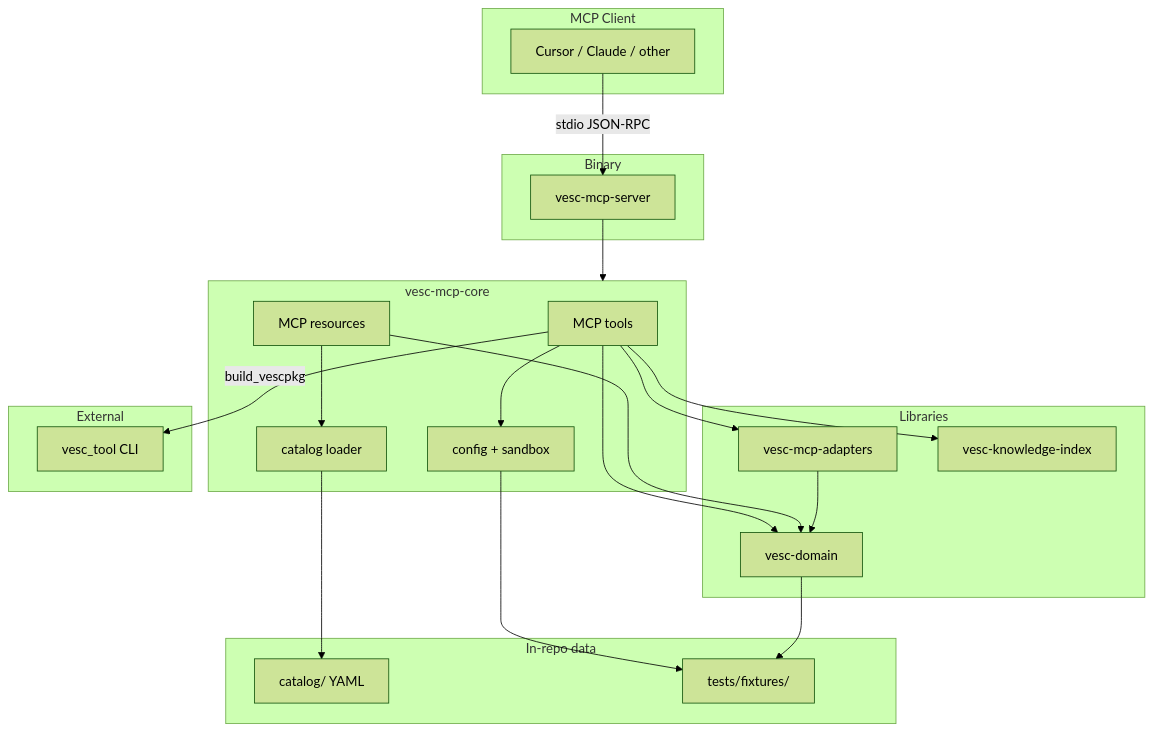
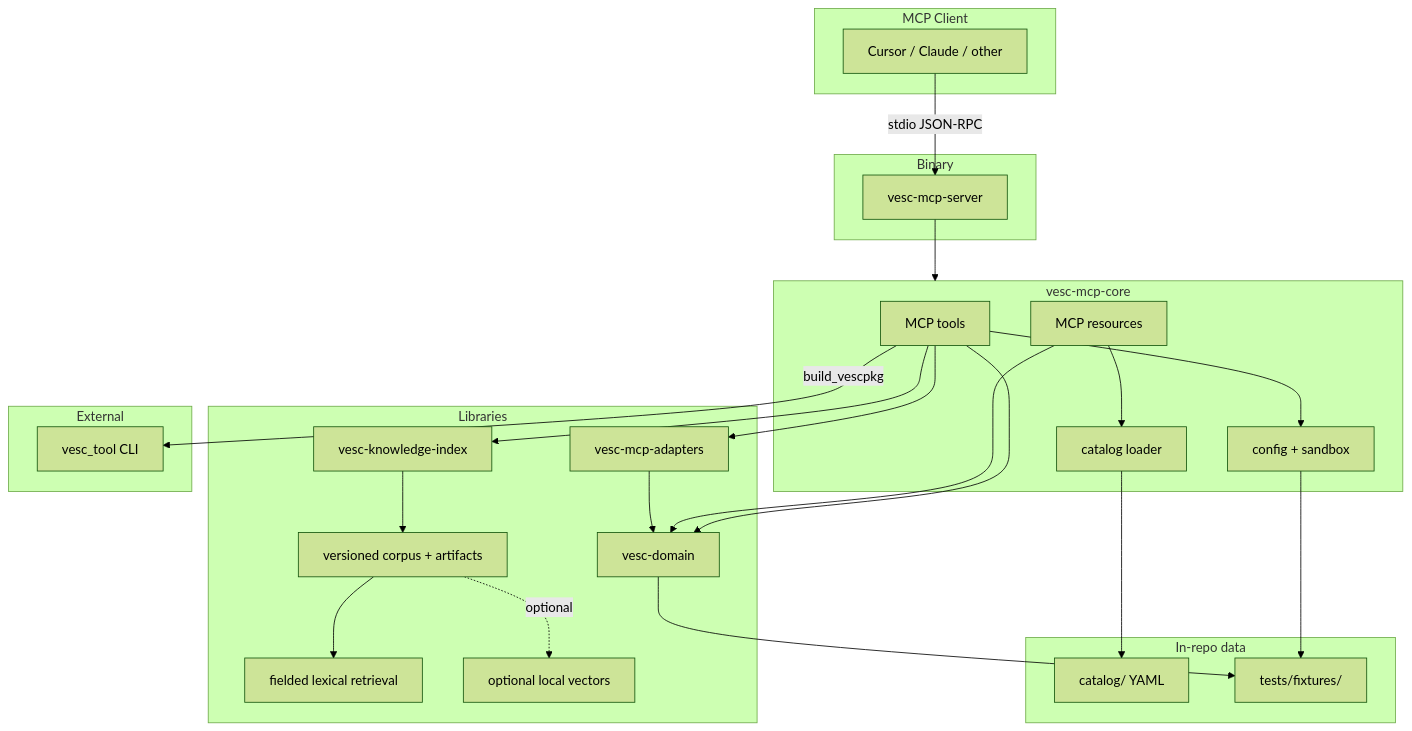
One commit to mjc/vesc-mcp changed the first of 3 diagrams in docs/architecture.md. Above: the diagram before and after it, drawn with Mermaid (forest theme). The commit also changed other lines of this file and 9 other files, not shown here.

````diff
--- a/docs/architecture.md
+++ b/docs/architecture.md
@@ -7,46 +7,52 @@
 ```mermaid
 flowchart TB
   subgraph client [MCP Client]
     IDE[Cursor / Claude / other]
   end
 
   subgraph server_bin [Binary]
     SRV[vesc-mcp-server]
   end
 
   subgraph core [vesc-mcp-core]
     TOOLS[MCP tools]
     RES[MCP resources]
     CFG[config + sandbox]
     CAT[catalog loader]
   end
 
   subgraph libs [Libraries]
     DOM[vesc-domain]
     ADP[vesc-mcp-adapters]
     IDX[vesc-knowledge-index]
+    CORPUS[versioned corpus + artifacts]
+    LEX[fielded lexical retrieval]
+    SEM[optional local vectors]
   end
 
   subgraph external [External]
     VTOOL[vesc_tool CLI]
   end
 
   subgraph data [In-repo data]
     CATALOG[catalog/ YAML]
     FIX[tests/fixtures/]
   end
 
   IDE -->|stdio JSON-RPC| SRV
   SRV --> core
   TOOLS --> DOM
   TOOLS --> ADP
   TOOLS --> IDX
+  IDX --> CORPUS
+  CORPUS --> LEX
+  CORPUS -. optional .-> SEM
   TOOLS --> CFG
   RES --> CAT
   RES --> DOM
   CAT --> CATALOG
   ADP --> DOM
   TOOLS -->|build_vescpkg| VTOOL
   CFG --> FIX
   DOM --> FIX
 ```
````
